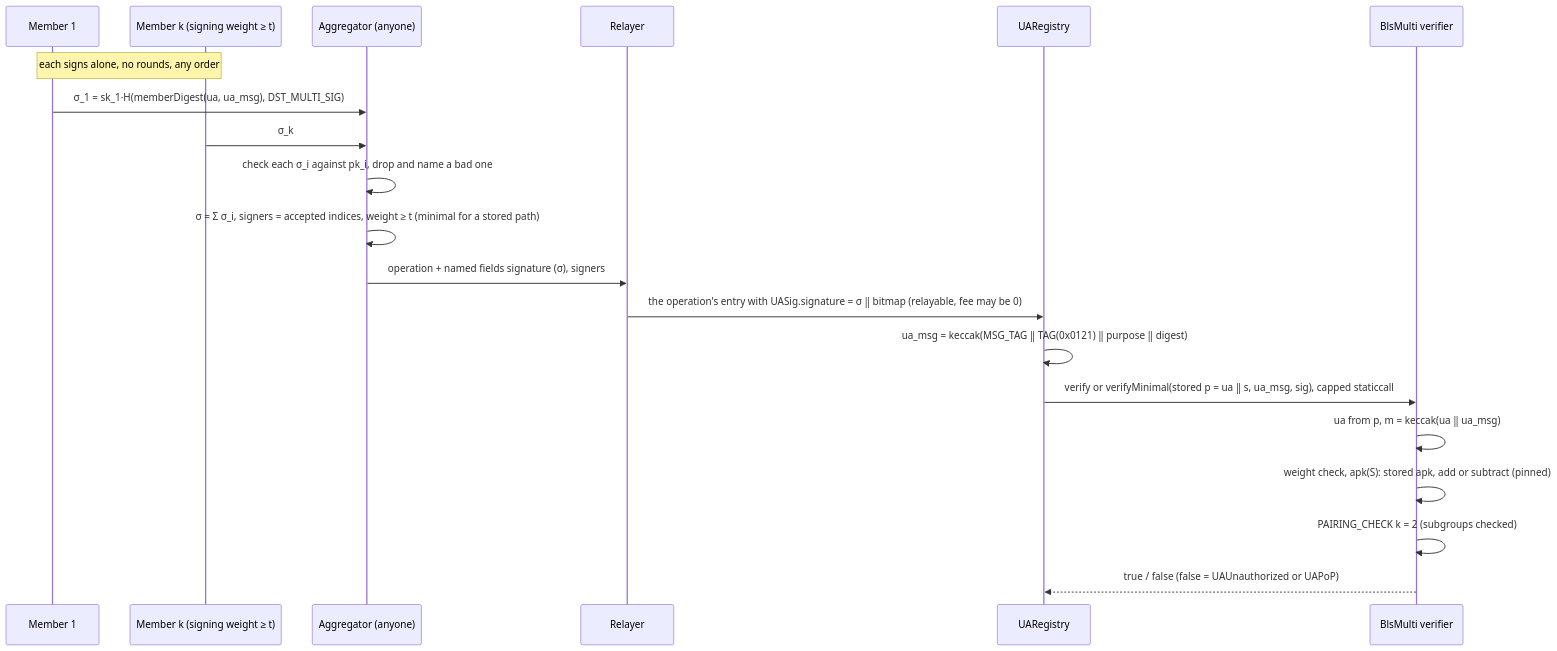
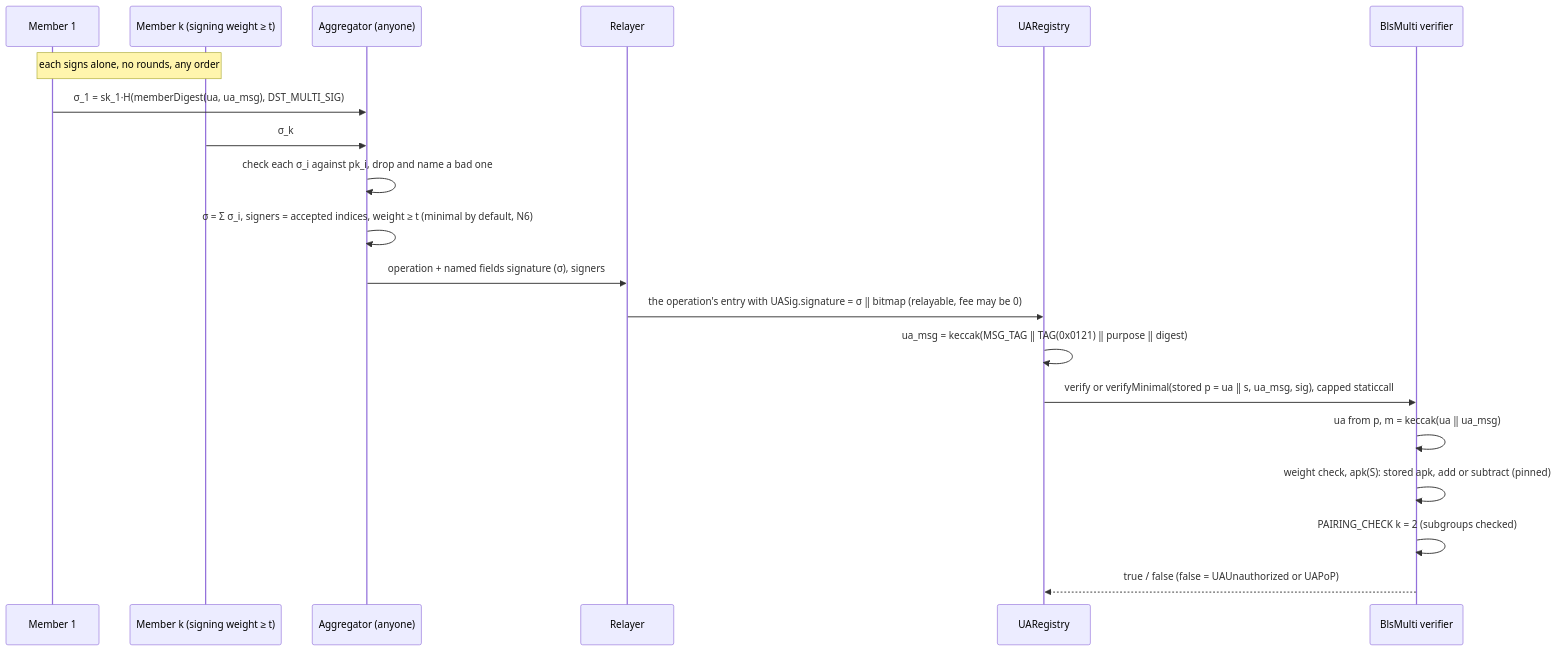
The diagram in docs/superpowers/specs/2026-11-19-bls12381-multi.md (dinhduongha/scaas), drawn with Mermaid before and after one commit. The commit also changed other lines of this file, not shown here.

````diff
--- a/docs/superpowers/specs/2026-11-19-bls12381-multi.md
+++ b/docs/superpowers/specs/2026-11-19-bls12381-multi.md
@@ -420,22 +554,22 @@
 ```mermaid
 sequenceDiagram
     participant M1 as Member 1
     participant Mk as Member k (signing weight ≥ t)
     participant A as Aggregator (anyone)
     participant R as Relayer
     participant G as UARegistry
     participant V as BlsMulti verifier
     Note over M1,Mk: each signs alone, no rounds, any order
     M1->>A: σ_1 = sk_1·H(memberDigest(ua, ua_msg), DST_MULTI_SIG)
     Mk->>A: σ_k
     A->>A: check each σ_i against pk_i, drop and name a bad one
-    A->>A: σ = Σ σ_i, signers = accepted indices, weight ≥ t (minimal for a stored path)
+    A->>A: σ = Σ σ_i, signers = accepted indices, weight ≥ t (minimal by default, N6)
     A->>R: operation + named fields signature (σ), signers
     R->>G: the operation's entry with UASig.signature = σ ‖ bitmap (relayable, fee may be 0)
     G->>G: ua_msg = keccak(MSG_TAG ‖ TAG(0x0121) ‖ purpose ‖ digest)
     G->>V: verify or verifyMinimal(stored p = ua ‖ s, ua_msg, sig), capped staticcall
     V->>V: ua from p, m = keccak(ua ‖ ua_msg)
     V->>V: weight check, apk(S): stored apk, add or subtract (pinned)
     V->>V: PAIRING_CHECK k = 2 (subgroups checked)
     V-->>G: true / false (false = UAUnauthorized or UAPoP)
 ```
````
